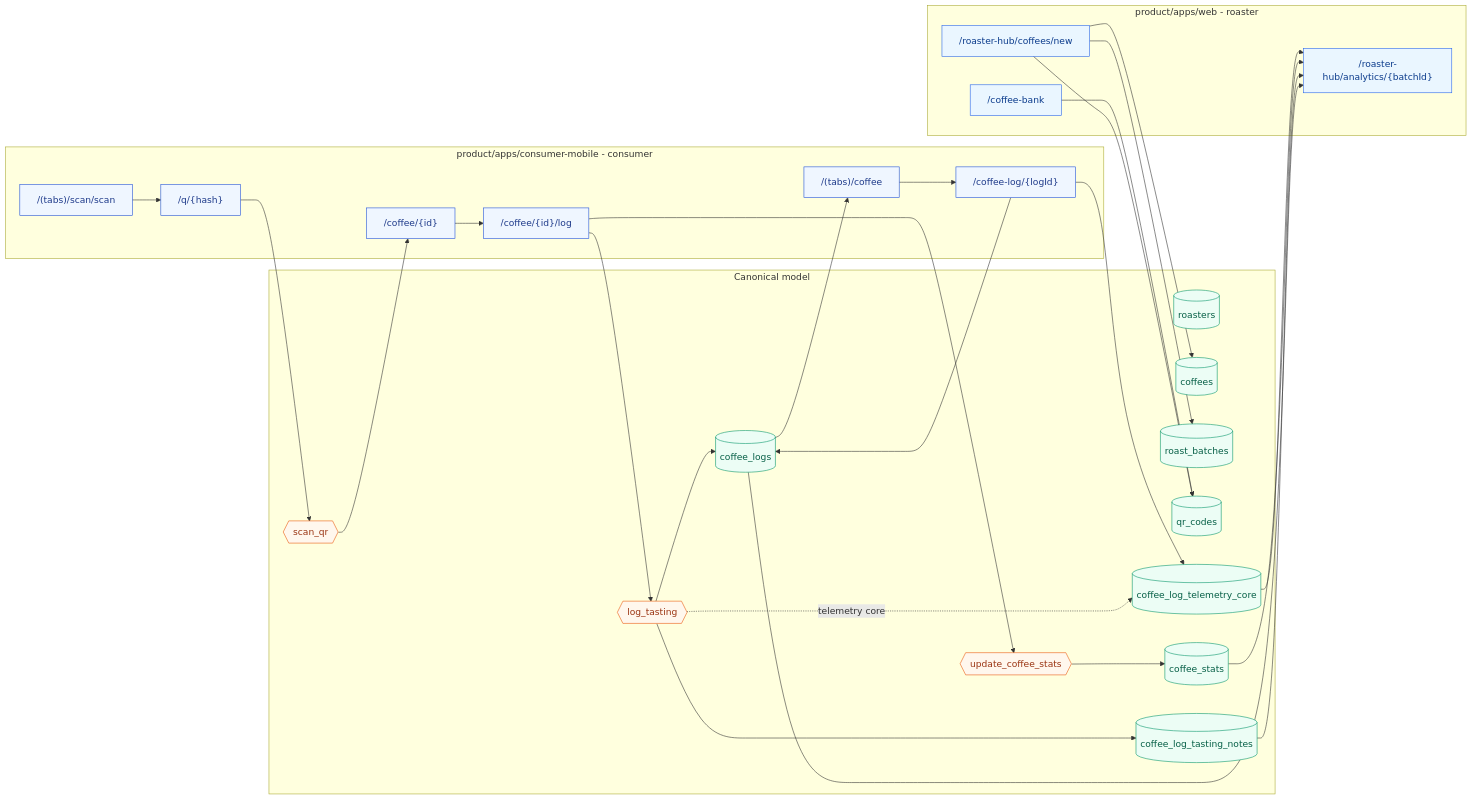
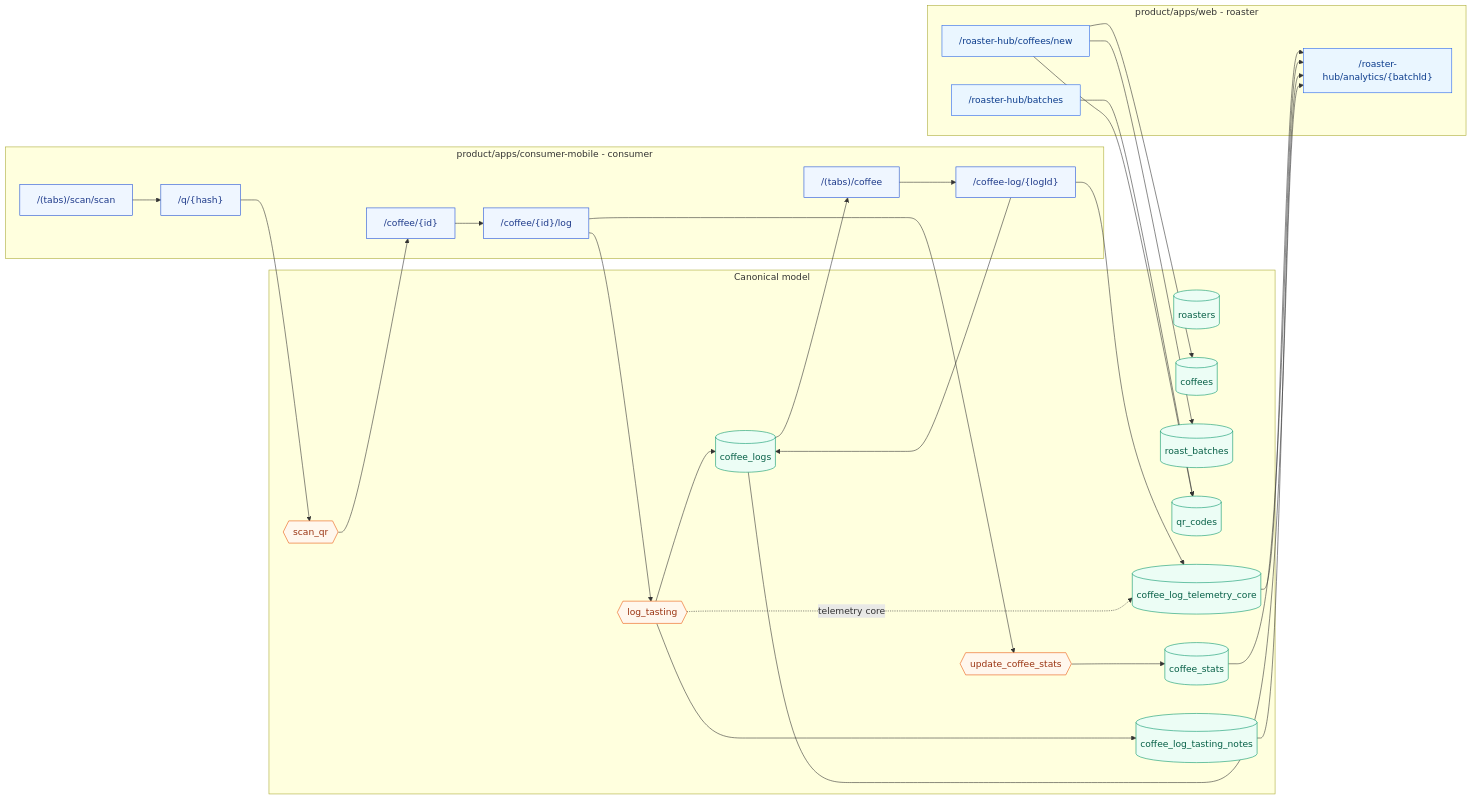
Before and after one commit to pavuloncool/funbrew: the diagram in meta/runbooks/03_cross_app_canonical_flow.mmd, drawn with Mermaid. The commit also changed 147 other files, not shown here.

```diff
--- a/meta/runbooks/03_cross_app_canonical_flow.mmd
+++ b/meta/runbooks/03_cross_app_canonical_flow.mmd
@@ -1,69 +1,69 @@
 %% Cross-app canonical flow: roaster publish -> consumer log -> roaster analytics
 flowchart LR
 
   subgraph WEB["product/apps/web - roaster"]
     W1["/roaster-hub/coffees/new"]
-    W2["/coffee-bank"]
+    W2["/roaster-hub/batches"]
     W3["/roaster-hub/analytics/{batchId}"]
   end
 
   subgraph DATA["Canonical model"]
     R[(roasters)]
     C[(coffees)]
     B[(roast_batches)]
     Q[(qr_codes)]
     L[(coffee_logs)]
     T[(coffee_log_telemetry_core)]
     N[(coffee_log_tasting_notes)]
     S[(coffee_stats)]
     Fscan{{scan_qr}}
     Flog{{log_tasting}}
     Fstats{{update_coffee_stats}}
   end
 
   subgraph MOBILE["product/apps/consumer-mobile - consumer"]
     M1["/(tabs)/scan/scan"]
     M2["/q/{hash}"]
     M3["/coffee/{id}"]
     M4["/coffee/{id}/log"]
     M5["/(tabs)/coffee"]
     M6["/coffee-log/{logId}"]
   end
 
   W1 --> C
   W1 --> B
   W1 --> Q
   W2 --> Q
 
   M1 --> M2
   M2 --> Fscan
   Fscan --> M3
 
   M3 --> M4
   M4 --> Flog
   Flog --> L
   Flog --> N
   Flog -. telemetry core .-> T
 
   M4 --> Fstats
   Fstats --> S
 
   L --> M5
   M5 --> M6
   M6 --> L
   M6 --> T
 
   L --> W3
   N --> W3
   S --> W3
   T --> W3
 
   classDef web fill:#EAF6FF,stroke:#2563EB,color:#0B3B8C;
   classDef mob fill:#EFF6FF,stroke:#1D4ED8,color:#1E3A8A;
   classDef data fill:#ECFDF5,stroke:#059669,color:#065F46;
   classDef api fill:#FFF7ED,stroke:#EA580C,color:#9A3412;
 
   class W1,W2,W3 web;
   class M1,M2,M3,M4,M5,M6 mob;
   class R,C,B,Q,L,T,N,S data;
   class Fscan,Flog,Fstats api;
```
